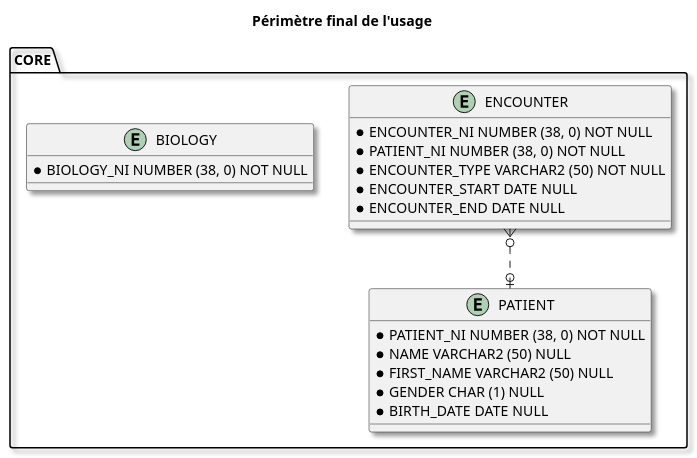
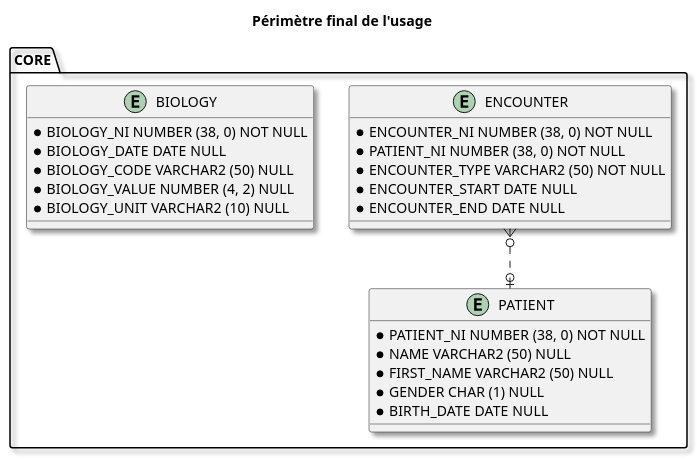
Before and after one commit to aphp/IG-fhir-dm: the diagram in input/images-source/core-map.plantuml, drawn with PlantUML.

Commit message:
updating usage core map plantUML

```diff
--- a/input/images-source/core-map.plantuml
+++ b/input/images-source/core-map.plantuml
@@ -1,36 +1,40 @@
 @startuml
 
 skinparam Shadowing 1.0
 ' avoid problems with angled crows feet
 skinparam linetype ortho
 
 title
 Périmètre final de l'usage
 end title
 
 entity CORE.PATIENT {
   * {field} PATIENT_NI NUMBER (38, 0) NOT NULL
   * {field} NAME VARCHAR2 (50) NULL
   * {field} FIRST_NAME VARCHAR2 (50) NULL
   * {field} GENDER CHAR (1) NULL
   * {field} BIRTH_DATE DATE NULL
 }
 
 entity CORE.ENCOUNTER {
   * {field} ENCOUNTER_NI NUMBER (38, 0) NOT NULL
   * {field} PATIENT_NI NUMBER (38, 0) NOT NULL
   * {field} ENCOUNTER_TYPE VARCHAR2 (50) NOT NULL
   * {field} ENCOUNTER_START DATE NULL
   * {field} ENCOUNTER_END DATE NULL
 }
 
 entity CORE.BIOLOGY {
   * {field} BIOLOGY_NI NUMBER (38, 0) NOT NULL
+  * {field} BIOLOGY_DATE DATE NULL
+  * {field} BIOLOGY_CODE VARCHAR2 (50) NULL
+  * {field} BIOLOGY_VALUE NUMBER (4, 2) NULL
+  * {field} BIOLOGY_UNIT VARCHAR2 (10) NULL
 }
 
 
 
 CORE.ENCOUNTER }o..o| CORE.PATIENT
 
 
 @enduml
```
